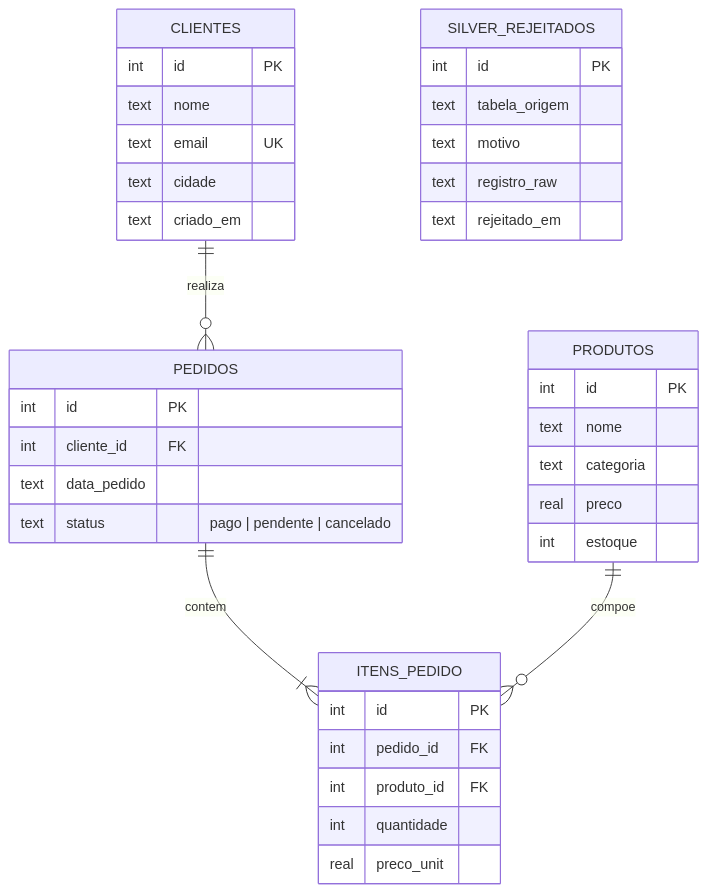
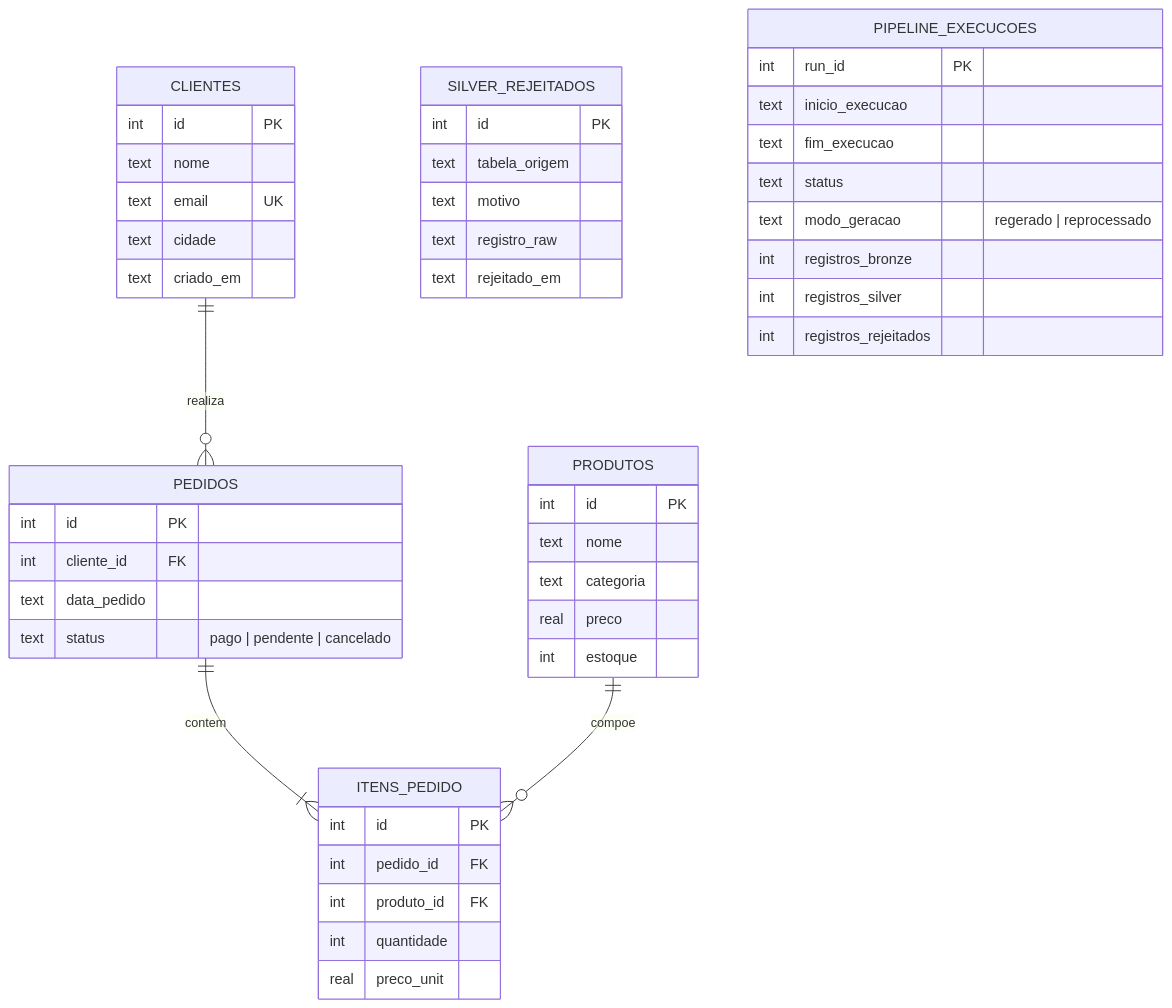
The second of 2 diagrams in README.md (Nayanearaujo/desafio-engenharia-dados-jr), drawn with Mermaid before and after one commit. The commit also changed other lines of this file and 9 other files, not shown here.

````diff
--- a/README.md
+++ b/README.md
@@ -54,45 +169,56 @@
 ```mermaid
 erDiagram
     CLIENTES ||--o{ PEDIDOS : "realiza"
     PEDIDOS ||--|{ ITENS_PEDIDO : "contem"
     PRODUTOS ||--o{ ITENS_PEDIDO : "compoe"
 
     CLIENTES {
         int id PK
         text nome
         text email UK
         text cidade
         text criado_em
     }
 
     PRODUTOS {
         int id PK
         text nome
         text categoria
         real preco
         int estoque
     }
 
     PEDIDOS {
         int id PK
         int cliente_id FK
         text data_pedido
         text status "pago | pendente | cancelado"
     }
 
     ITENS_PEDIDO {
         int id PK
         int pedido_id FK
         int produto_id FK
         int quantidade
         real preco_unit
     }
 
     SILVER_REJEITADOS {
         int id PK
         text tabela_origem
         text motivo
         text registro_raw
         text rejeitado_em
     }
+
+    PIPELINE_EXECUCOES {
+        int run_id PK
+        text inicio_execucao
+        text fim_execucao
+        text status
+        text modo_geracao "regerado | reprocessado"
+        int registros_bronze
+        int registros_silver
+        int registros_rejeitados
+    }
 ```
````
